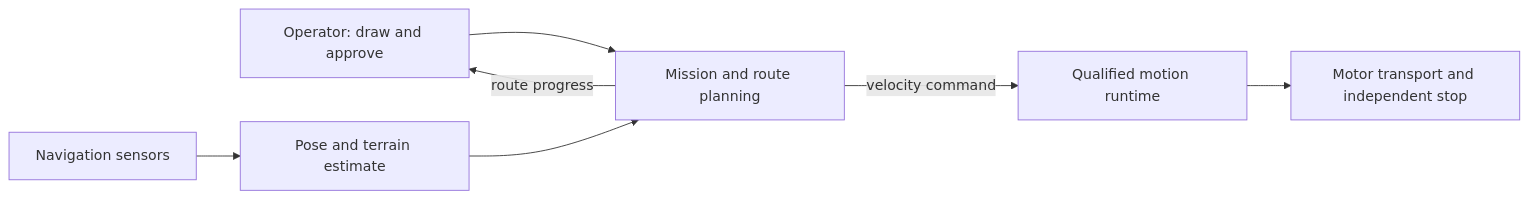
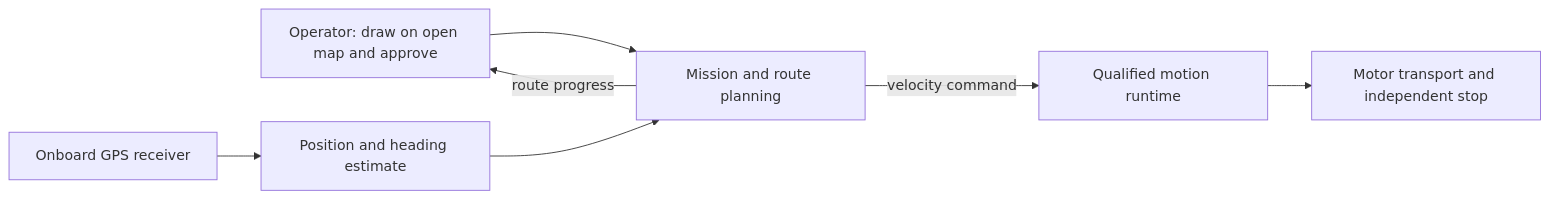
The diagram in ARCHITECTURE.md (Cornell-Physical-Intelligence/hexapod-cupi), drawn with Mermaid before and after one commit. The commit also changed other lines of this file and 6 other files, not shown here.

First line of the commit message:
Navigate with onboard GPS only on an open map

````diff
--- a/ARCHITECTURE.md
+++ b/ARCHITECTURE.md
@@ -72,9 +76,9 @@
 ```mermaid
 flowchart LR
-  Operator[Operator: draw and approve] --> Mission[Mission and route planning]
-  Sensors[Navigation sensors] --> Pose[Pose and terrain estimate]
+  Operator[Operator: draw on open map and approve] --> Mission[Mission and route planning]
+  GPS[Onboard GPS receiver] --> Pose[Position and heading estimate]
   Pose --> Mission
   Mission -->|velocity command| Control[Qualified motion runtime]
   Control --> Motors[Motor transport and independent stop]
   Mission -->|route progress| Operator
 ```
````
